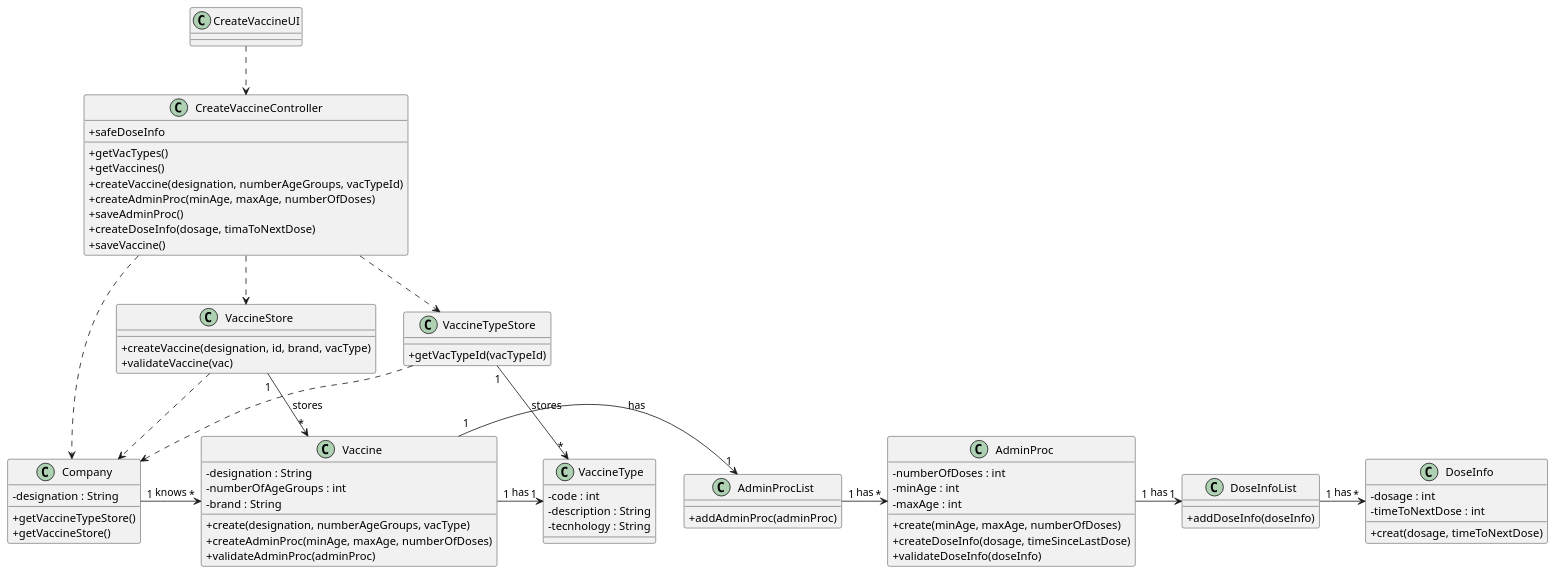
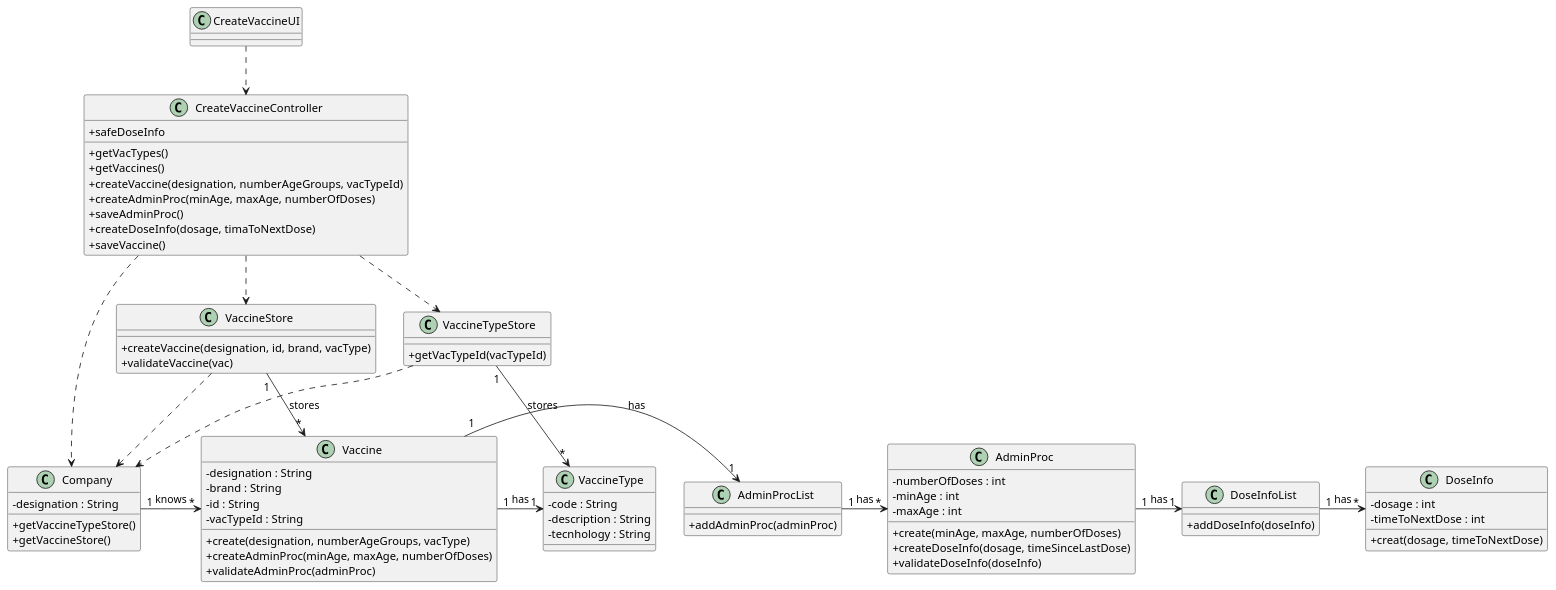
Before and after one commit to miseEnPlace-i/lapr2: the diagram in docs/SprintB/US13/CD/US13_CD.puml, drawn with PlantUML. The commit also changed 2 other files, not shown here.

```diff
--- a/docs/SprintB/US13/CD/US13_CD.puml
+++ b/docs/SprintB/US13/CD/US13_CD.puml
@@ -1,91 +1,92 @@
 @startuml
 skinparam classAttributeIconSize 0
 
 class CreateVaccineUI{
 
 }
 
 class CreateVaccineController{
     +getVacTypes()
     +getVaccines()
     +createVaccine(designation, numberAgeGroups, vacTypeId)
     +createAdminProc(minAge, maxAge, numberOfDoses)
     +saveAdminProc()
     +createDoseInfo(dosage, timaToNextDose)
     +safeDoseInfo
     +saveVaccine()
 }
 
 class Company{
     -designation : String
 
     +getVaccineTypeStore()
     +getVaccineStore()
 }
 
 class VaccineTypeStore{
     +getVacTypeId(vacTypeId)
 }
 
 class VaccineStore{
     +createVaccine(designation, id, brand, vacType)
     +validateVaccine(vac)
 }
 
 class Vaccine{
     -designation : String
-    -numberOfAgeGroups : int
     -brand : String
+    -id : String
+    -vacTypeId : String
 
     +create(designation, numberAgeGroups, vacType)
     +createAdminProc(minAge, maxAge, numberOfDoses)
     +validateAdminProc(adminProc)
 }
 
 class VaccineType{
-    -code : int
+    -code : String
     -description : String
     -tecnhology : String
 }
 
 class AdminProc{
     -numberOfDoses : int
     -minAge : int
     -maxAge : int
 
     +create(minAge, maxAge, numberOfDoses)
     +createDoseInfo(dosage, timeSinceLastDose)
     +validateDoseInfo(doseInfo)
 }
 
 class AdminProcList{
     +addAdminProc(adminProc)
 }
 
 class DoseInfo{
     -dosage : int
     -timeToNextDose : int
 
     +creat(dosage, timeToNextDose)
 }
 
 class DoseInfoList{
     +addDoseInfo(doseInfo)
 }
 
 CreateVaccineUI ..> CreateVaccineController
 CreateVaccineController ..> VaccineStore
 CreateVaccineController ..> VaccineTypeStore
 CreateVaccineController ..> Company
 VaccineStore ..> Company
 VaccineStore "1" -> "*" Vaccine : stores
 VaccineTypeStore ..> Company
 VaccineTypeStore "1" -> "*" VaccineType : stores
 Company "1" -> "*" Vaccine : knows
 Vaccine "1" -> "1" AdminProcList : has
 Vaccine "1" -> "1" VaccineType : has
 AdminProcList "1" -> "*" AdminProc : has
 AdminProc "1" -> "1" DoseInfoList : has
 DoseInfoList "1" -> "*" DoseInfo : has
 
 @enduml
```
